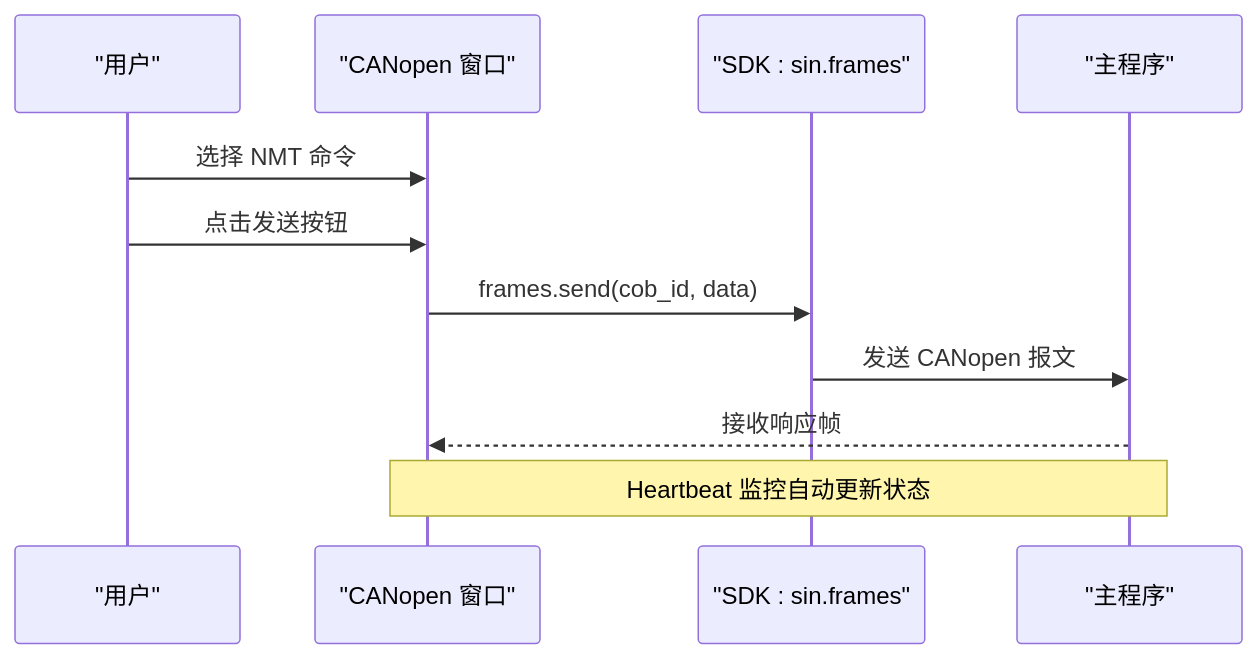
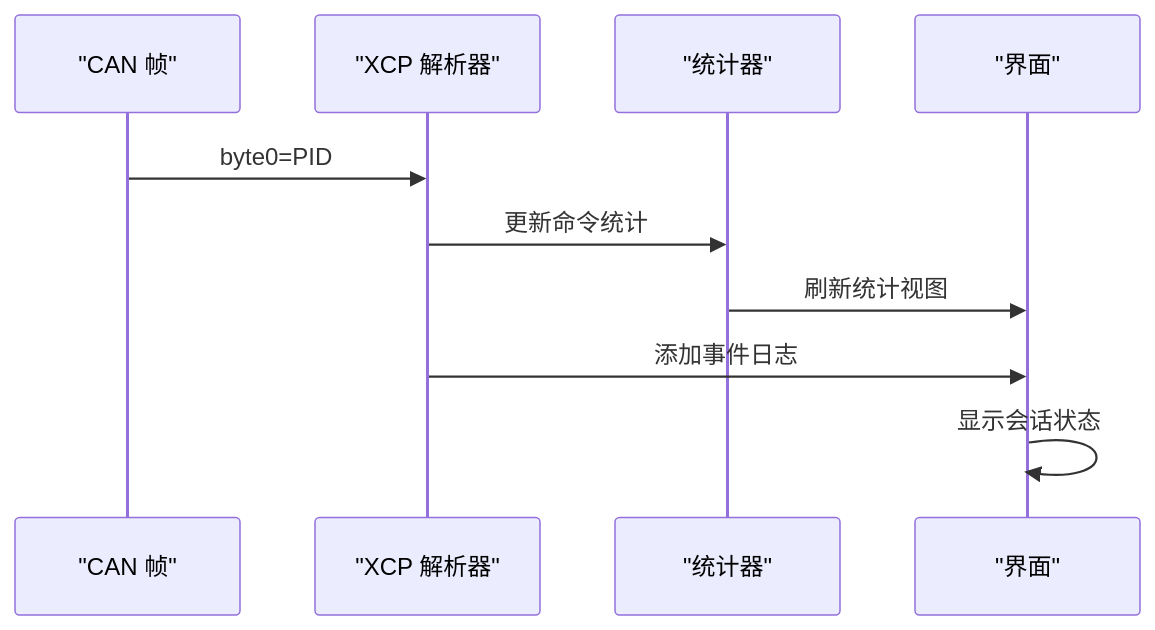
One commit to jakecai1225-design/OpenBus changed the fifth of 8 diagrams in .qoder/repowiki/zh/content/开发指南/示例插件.md. Above: the diagram before and after it, drawn with Mermaid. The commit also changed other lines of this file and 80 other files, not shown here.

Commit message:
graphic 优化

````diff
--- a/.qoder/repowiki/zh/content/开发指南/示例插件.md
+++ b/.qoder/repowiki/zh/content/开发指南/示例插件.md
@@ -209,13 +238,12 @@
 ```mermaid
 sequenceDiagram
-participant U as "用户"
-participant W as "CANopen 窗口"
-participant S as "SDK : sin.frames"
-participant M as "主程序"
-U->>W : 选择 NMT 命令
-U->>W : 点击发送按钮
-W->>S : frames.send(cob_id, data)
-S->>M : 发送 CANopen 报文
-M-->>W : 接收响应帧
-Note over W,M : Heartbeat 监控自动更新状态
+participant Frame as "CAN 帧"
+participant Parser as "XCP 解析器"
+participant Stats as "统计器"
+participant UI as "界面"
+Frame->>Parser : byte0=PID
+Parser->>Stats : 更新命令统计
+Stats->>UI : 刷新统计视图
+Parser->>UI : 添加事件日志
+UI->>UI : 显示会话状态
 ```
````
